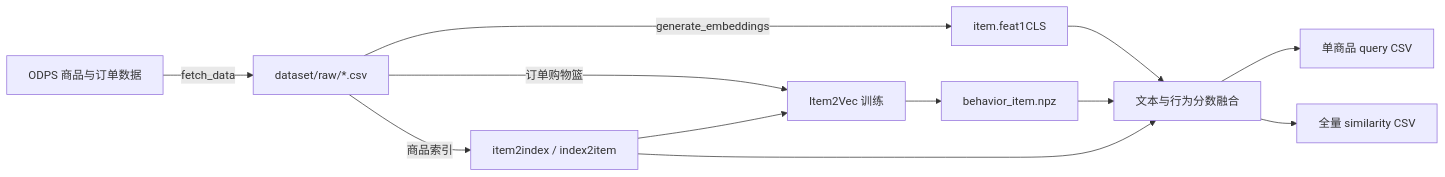
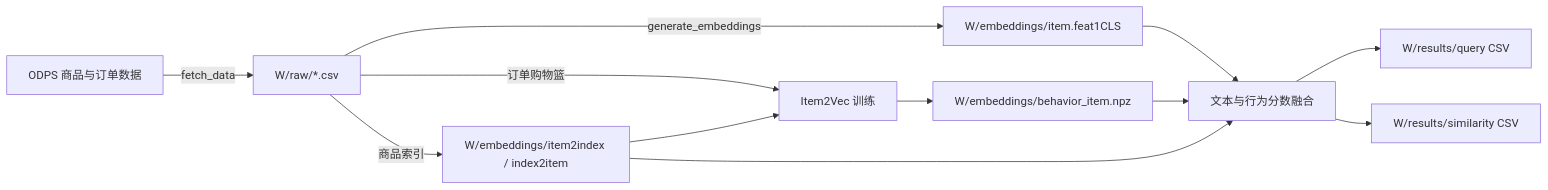
One commit to Guozisong/item2Vec changed the diagram in README.md. Above: the diagram before and after it, drawn with Mermaid. The commit also changed other lines of this file and 13 other files, not shown here.

````diff
--- a/README.md
+++ b/README.md
@@ -130,14 +143,14 @@
 ```mermaid
 flowchart LR
-    O[ODPS 商品与订单数据] -->|fetch_data| R[dataset/raw/*.csv]
-    R -->|generate_embeddings| T[item.feat1CLS]
-    R -->|商品索引| I[item2index / index2item]
+    O[ODPS 商品与订单数据] -->|fetch_data| R[W/raw/*.csv]
+    R -->|generate_embeddings| T[W/embeddings/item.feat1CLS]
+    R -->|商品索引| I[W/embeddings/item2index / index2item]
     R -->|订单购物篮| B[Item2Vec 训练]
     I --> B
-    B --> V[behavior_item.npz]
+    B --> V[W/embeddings/behavior_item.npz]
     T --> F[文本与行为分数融合]
     V --> F
     I --> F
-    F --> Q[单商品 query CSV]
-    F --> E[全量 similarity CSV]
+    F --> Q[W/results/query CSV]
+    F --> E[W/results/similarity CSV]
 ```
````
